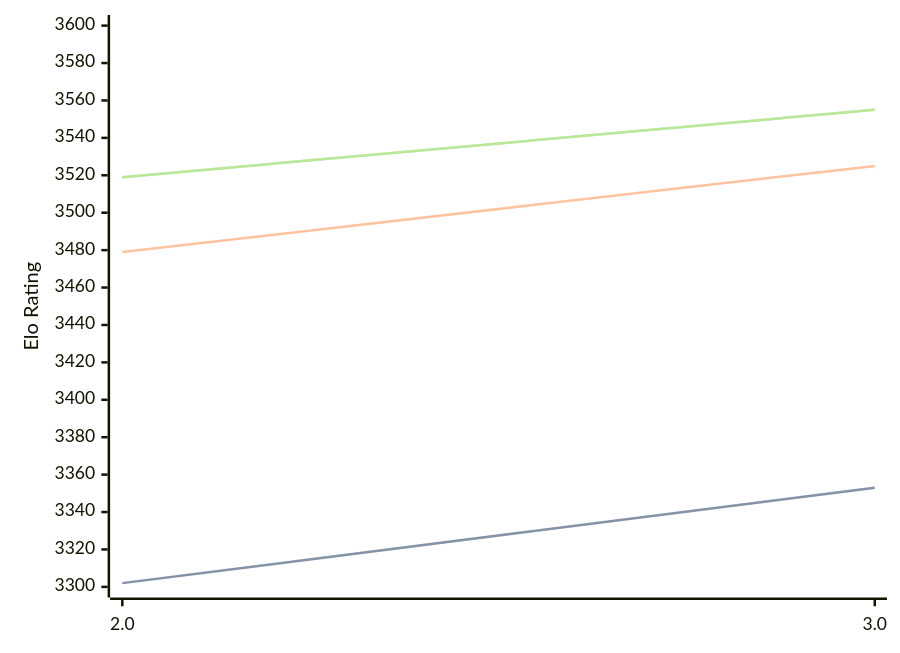
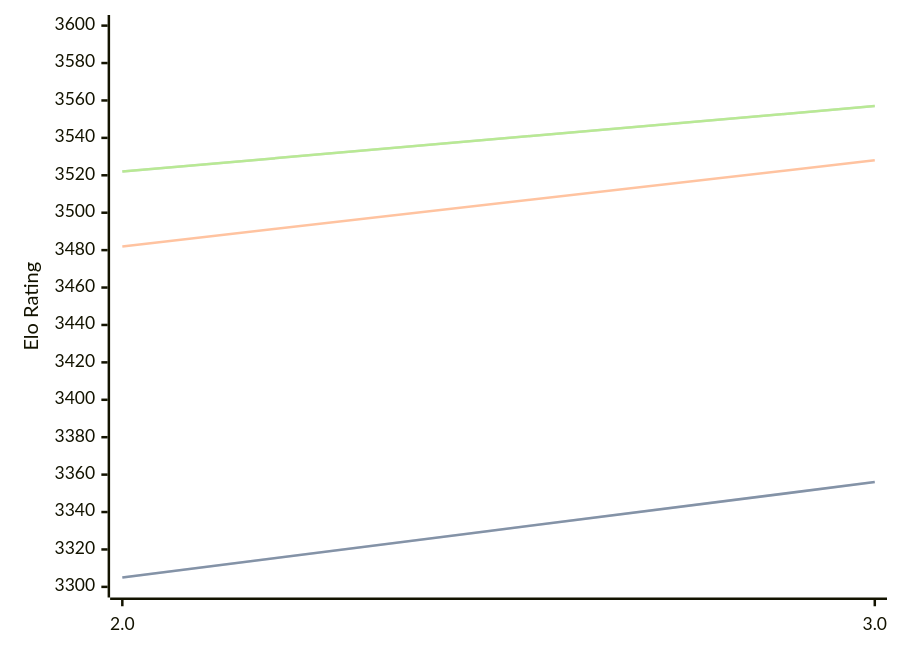
The diagram in engines/Quanticade.md (computer-chess-index/cci), drawn with Mermaid before and after one commit. The commit also changed other lines of this file, not shown here.

Commit message:
Update CCI Ratings (ELO VLTC) - 2026-09-24

````diff
--- a/engines/Quanticade.md
+++ b/engines/Quanticade.md
@@ -32,11 +32,11 @@
 ```mermaid
 %%{init: {"theme":"base","themeVariables":{"seriesColors:['#a3a3a3','#222221','#faa371']}}}%%
 xychart-beta
   x-axis ["2.0", "3.0"]
   y-axis "Elo Rating" 3300 --> 3600
-  line "" [3302, 3353]
-  line "STC (8.0+0.08s)" [3302, 3353]
-  line "LTC (60.0+0.60s)" [3479, 3525]
-  line "" [3519, 3555]
-  line "VLTC (2m24s+1.12s)" [3519, 3555]
+  line "" [3305, 3356]
+  line "STC (8.0+0.08s)" [3305, 3356]
+  line "LTC (60.0+0.60s)" [3482, 3528]
+  line "" [3522, 3557]
+  line "VLTC (2m24s+1.12s)" [3522, 3557]
 ```
````
